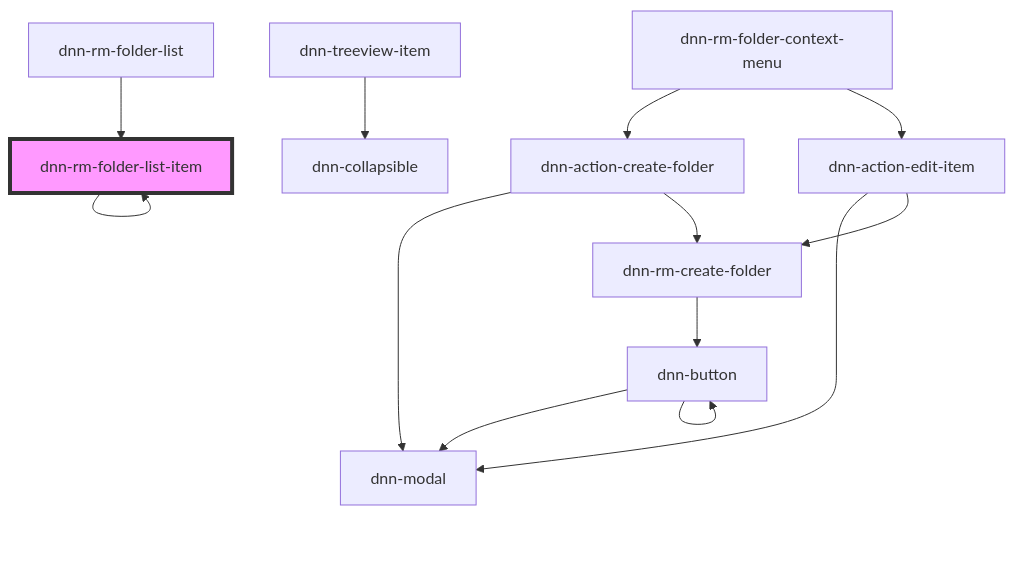
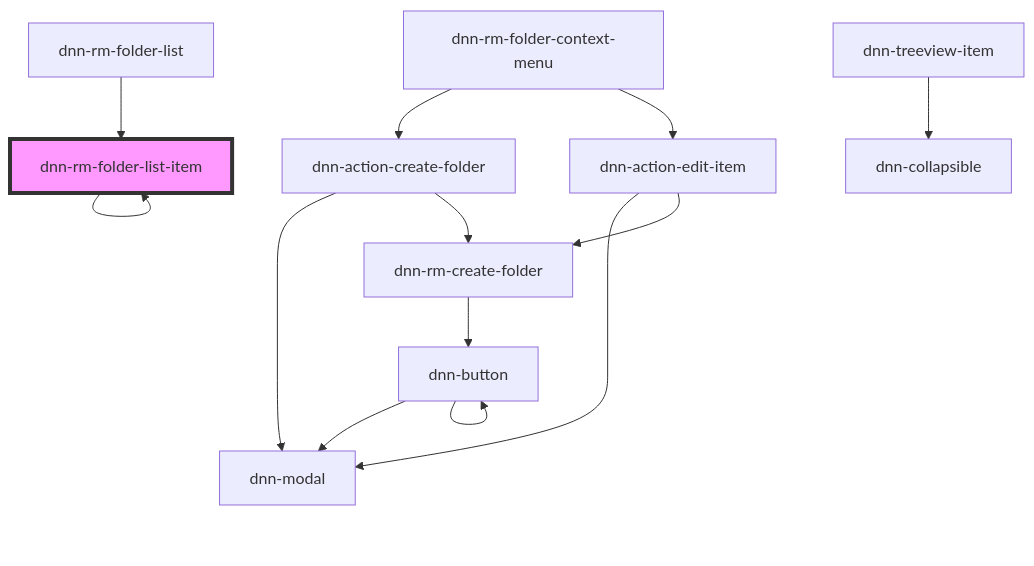
Before and after one commit to dnnsoftware/Dnn.Platform: the diagram in DNN Platform/Modules/ResourceManager/ResourceManager.Web/src/components/dnn-rm-folder-list-item/readme.md, drawn with Mermaid. The commit also changed other lines of this file and 14 other files, not shown here.

````diff
--- a/DNN Platform/Modules/ResourceManager/ResourceManager.Web/src/components/dnn-rm-folder-list-item/readme.md
+++ b/DNN Platform/Modules/ResourceManager/ResourceManager.Web/src/components/dnn-rm-folder-list-item/readme.md
@@ -38,16 +39,16 @@
 ```mermaid
 graph TD;
   dnn-rm-folder-list-item --> dnn-rm-folder-list-item
-  dnn-treeview-item --> dnn-collapsible
   dnn-rm-folder-context-menu --> dnn-action-create-folder
   dnn-rm-folder-context-menu --> dnn-action-edit-item
   dnn-action-create-folder --> dnn-modal
   dnn-action-create-folder --> dnn-rm-create-folder
   dnn-rm-create-folder --> dnn-button
   dnn-button --> dnn-modal
   dnn-button --> dnn-button
   dnn-action-edit-item --> dnn-modal
   dnn-action-edit-item --> dnn-rm-create-folder
+  dnn-treeview-item --> dnn-collapsible
   dnn-rm-folder-list --> dnn-rm-folder-list-item
   style dnn-rm-folder-list-item fill:#f9f,stroke:#333,stroke-width:4px
 ```
````
